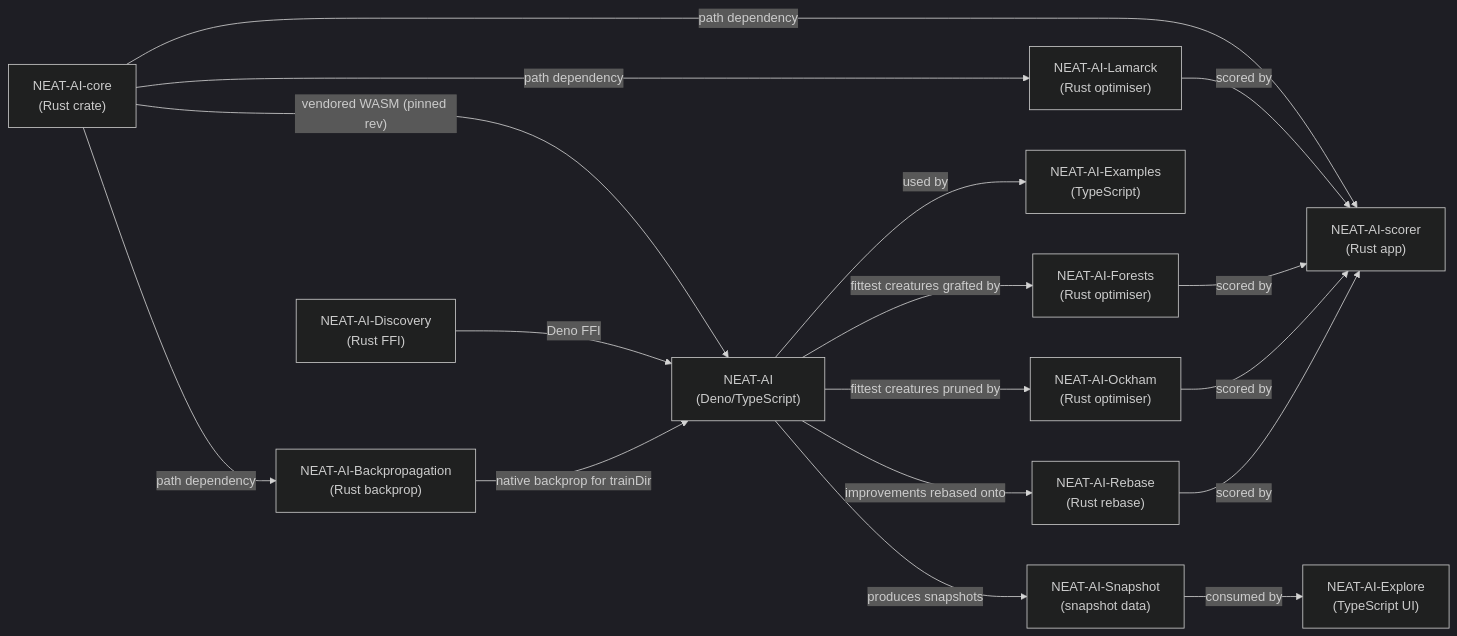
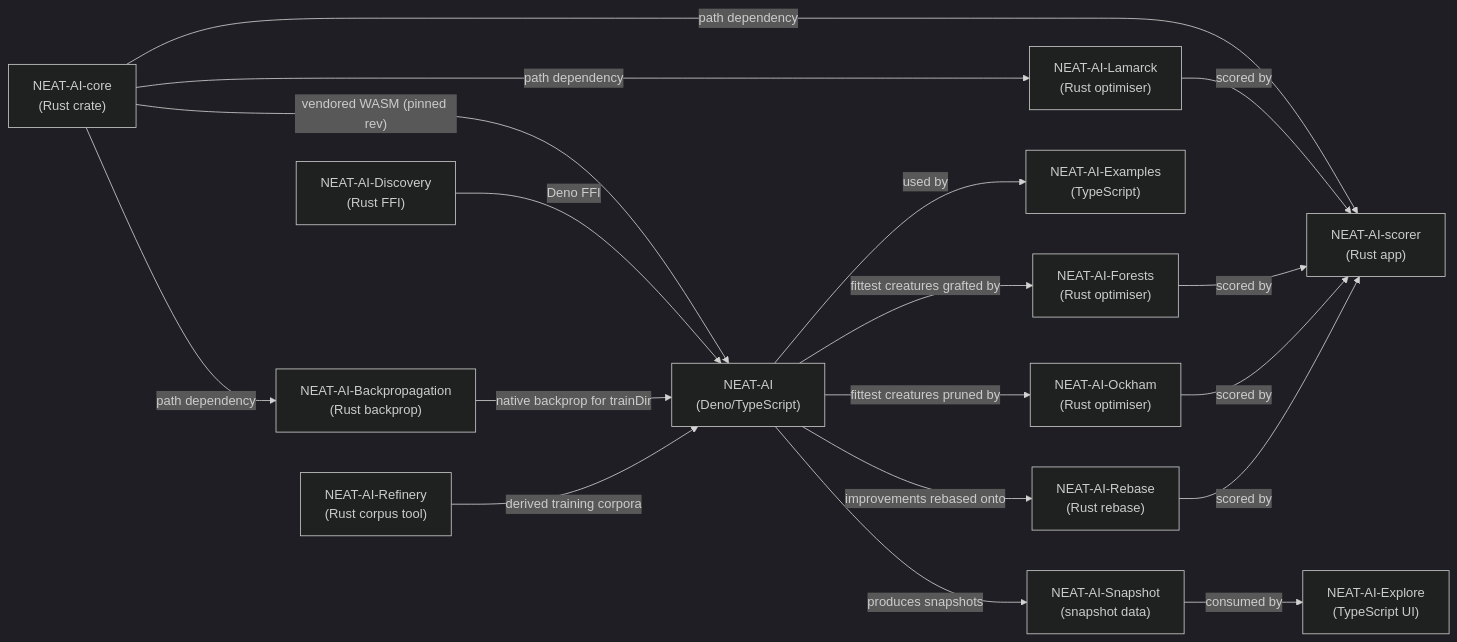
One commit to stSoftwareAU/NEAT-AI changed the third of 3 diagrams in README.md. Above: the diagram before and after it, drawn with Mermaid (dark theme). The commit also changed other lines of this file and 6 other files, not shown here.

Commit message:
🏭 Add NEAT-AI-Refinery social preview (#3942)

````diff
--- a/README.md
+++ b/README.md
@@ -338,32 +339,34 @@
 ```mermaid
 flowchart LR
   core["NEAT-AI-core<br/>(Rust crate)"]
   discovery["NEAT-AI-Discovery<br/>(Rust FFI)"]
   neat["NEAT-AI<br/>(Deno/TypeScript)"]
   snapshot["NEAT-AI-Snapshot<br/>(snapshot data)"]
   scorer["NEAT-AI-scorer<br/>(Rust app)"]
   backprop["NEAT-AI-Backpropagation<br/>(Rust backprop)"]
   lamarck["NEAT-AI-Lamarck<br/>(Rust optimiser)"]
   explore["NEAT-AI-Explore<br/>(TypeScript UI)"]
   examples["NEAT-AI-Examples<br/>(TypeScript)"]
   forests["NEAT-AI-Forests<br/>(Rust optimiser)"]
   ockham["NEAT-AI-Ockham<br/>(Rust optimiser)"]
   rebase["NEAT-AI-Rebase<br/>(Rust rebase)"]
+  refinery["NEAT-AI-Refinery<br/>(Rust corpus tool)"]
 
   core -- "vendored WASM (pinned rev)" --> neat
   core -- "path dependency" --> scorer
   core -- "path dependency" --> backprop
   core -- "path dependency" --> lamarck
   discovery -- "Deno FFI" --> neat
   backprop -- "native backprop for trainDir" --> neat
   lamarck -- "scored by" --> scorer
   neat -- "fittest creatures grafted by" --> forests
   forests -- "scored by" --> scorer
   neat -- "fittest creatures pruned by" --> ockham
   ockham -- "scored by" --> scorer
   neat -- "improvements rebased onto" --> rebase
   rebase -- "scored by" --> scorer
+  refinery -- "derived training corpora" --> neat
   neat -- "produces snapshots" --> snapshot
   snapshot -- "consumed by" --> explore
   neat -- "used by" --> examples
 ```
````
